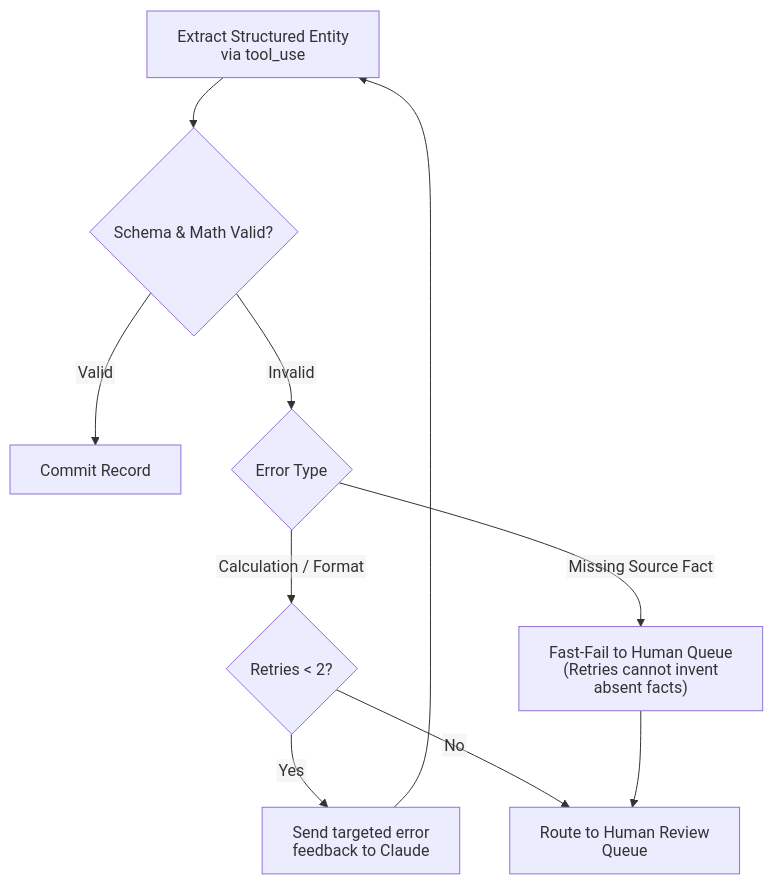
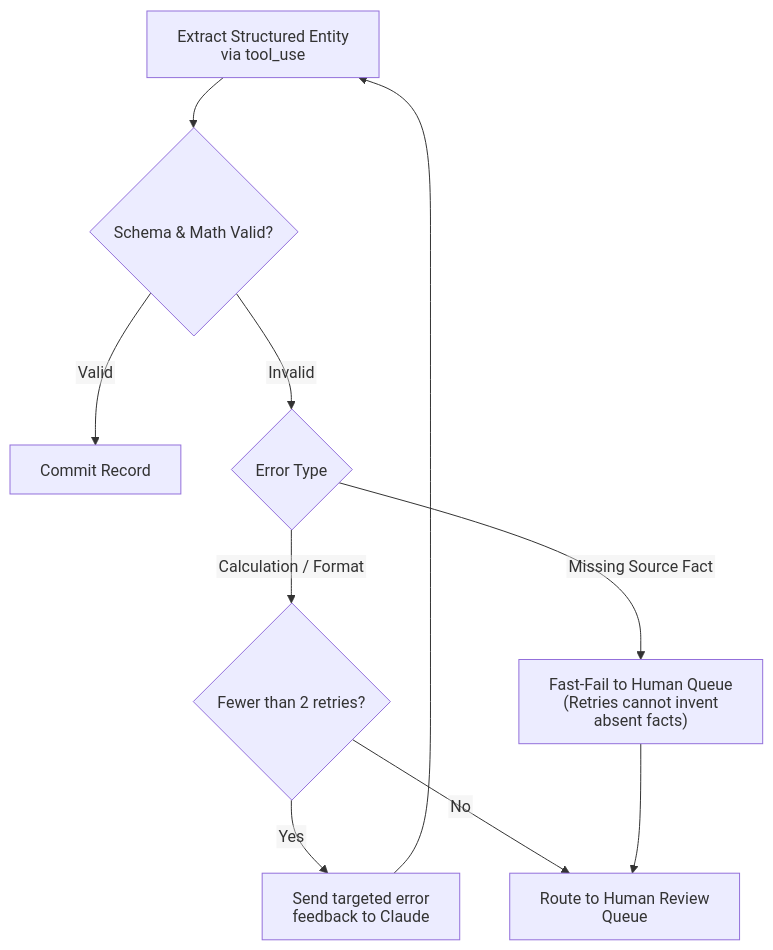
The sixth of 8 diagrams in EXAM_REFRESHER.md (dip4k/claude_cert_architect_foundation_prep), drawn with Mermaid before and after one commit. The commit also changed other lines of this file and 56 other files, not shown here.

Commit message:
docs: improve beginner clarity, flow, Mermaid compliance across domains and expand EXAM_REFRESHER to all 30 TS

````diff
--- a/EXAM_REFRESHER.md
+++ b/EXAM_REFRESHER.md
@@ -356,16 +762,16 @@
 ```mermaid
 ---
 config:
   htmlLabels: false
 ---
 flowchart TD
     Extr["Extract Structured Entity<br>via tool_use"] --> Val{"Schema & Math Valid?"}
     Val -->|"Valid"| Success["Commit Record"]
     Val -->|"Invalid"| ErrorType{"Error Type"}
-    ErrorType -->|"Calculation / Format"| CanRetry{"Retries &lt; 2?"}
+    ErrorType -->|"Calculation / Format"| CanRetry{"Fewer than 2 retries?"}
     CanRetry -->|"Yes"| Feedback["Send targeted error<br>feedback to Claude"]
     Feedback --> Extr
     CanRetry -->|"No"| HumanQueue["Route to Human Review Queue"]
     ErrorType -->|"Missing Source Fact"| FastFail["Fast-Fail to Human Queue<br>(Retries cannot invent absent facts)"]
     FastFail --> HumanQueue
 ```
````
